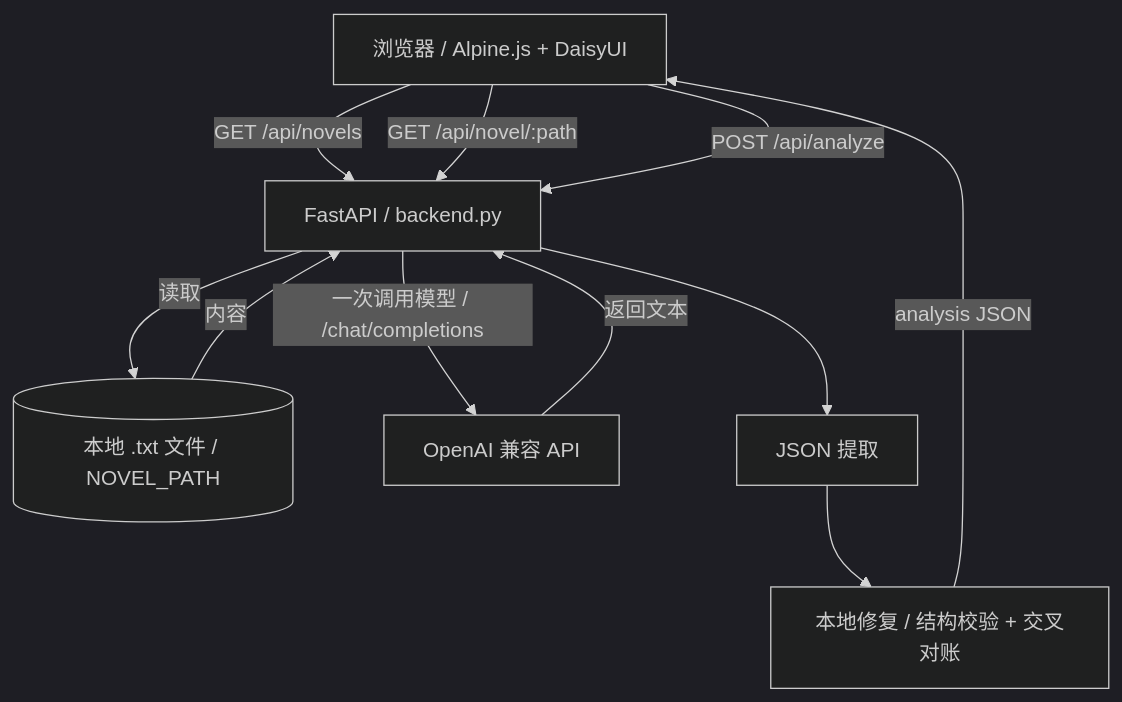
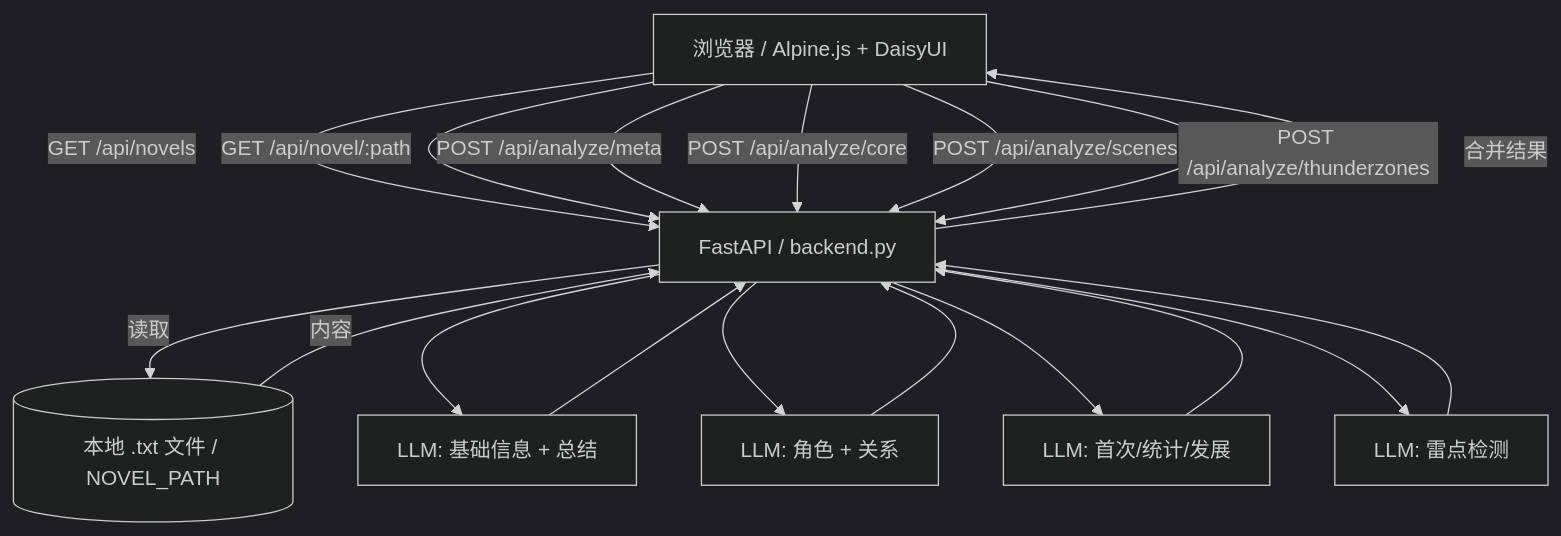
One commit to zhu-jl18/erotic-novel-analyzer changed the diagram in README.md. Above: the diagram before and after it, drawn with Mermaid (dark theme). The commit also changed other lines of this file and 1 other file, not shown here.

Commit message:
docs: update staged analysis pipeline

````diff
--- a/README.md
+++ b/README.md
@@ -94,23 +98,30 @@
 ```mermaid
 flowchart TD
     UI["浏览器 / Alpine.js + DaisyUI"]
     API["FastAPI / backend.py"]
     FS[(本地 .txt 文件 / NOVEL_PATH)]
-    LLM["OpenAI 兼容 API"]
-    Extract["JSON 提取"]
-    Repair["本地修复 / 结构校验 + 交叉对账"]
+    LLM1["LLM: 基础信息 + 总结"]
+    LLM2["LLM: 角色 + 关系"]
+    LLM3["LLM: 首次/统计/发展"]
+    LLM4["LLM: 雷点检测"]
 
     UI -->|GET /api/novels| API
     UI -->|GET /api/novel/:path| API
-    UI -->|POST /api/analyze| API
+    UI -->|POST /api/analyze/meta| API
+    UI -->|POST /api/analyze/core| API
+    UI -->|POST /api/analyze/scenes| API
+    UI -->|POST /api/analyze/thunderzones| API
 
     API -->|读取| FS
     FS -->|内容| API
 
-    API -->|一次调用模型 / /chat/completions| LLM
-    LLM -->|返回文本| API
-
-    API --> Extract
-    Extract --> Repair
-    Repair -->|analysis JSON| UI
+    API --> LLM1
+    API --> LLM2
+    API --> LLM3
+    API --> LLM4
+    LLM1 --> API
+    LLM2 --> API
+    LLM3 --> API
+    LLM4 --> API
+    API -->|合并结果| UI
 ```
````
